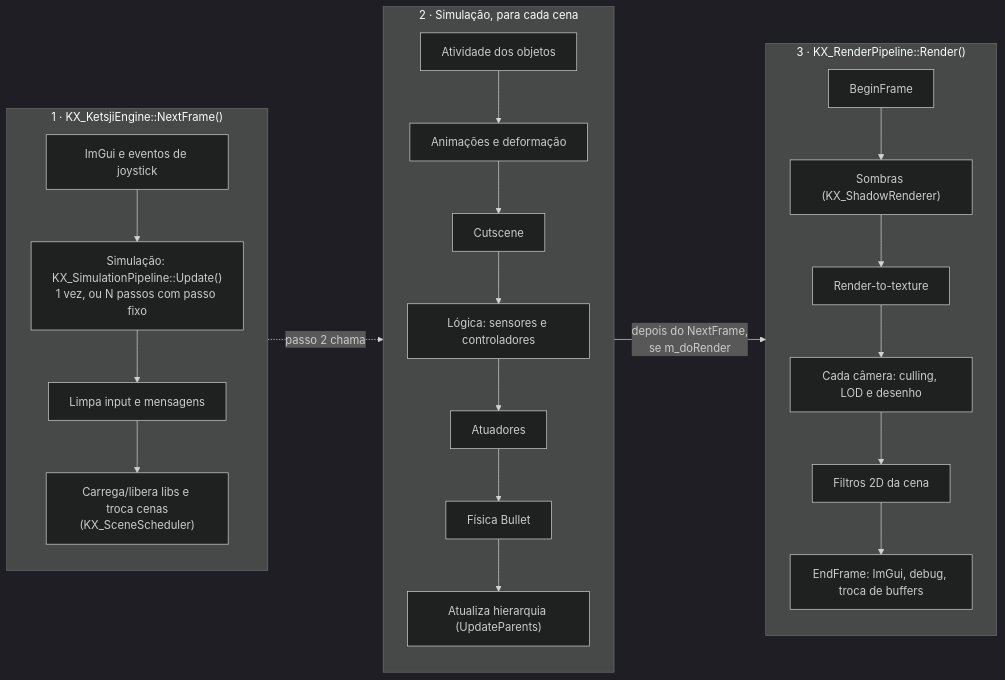
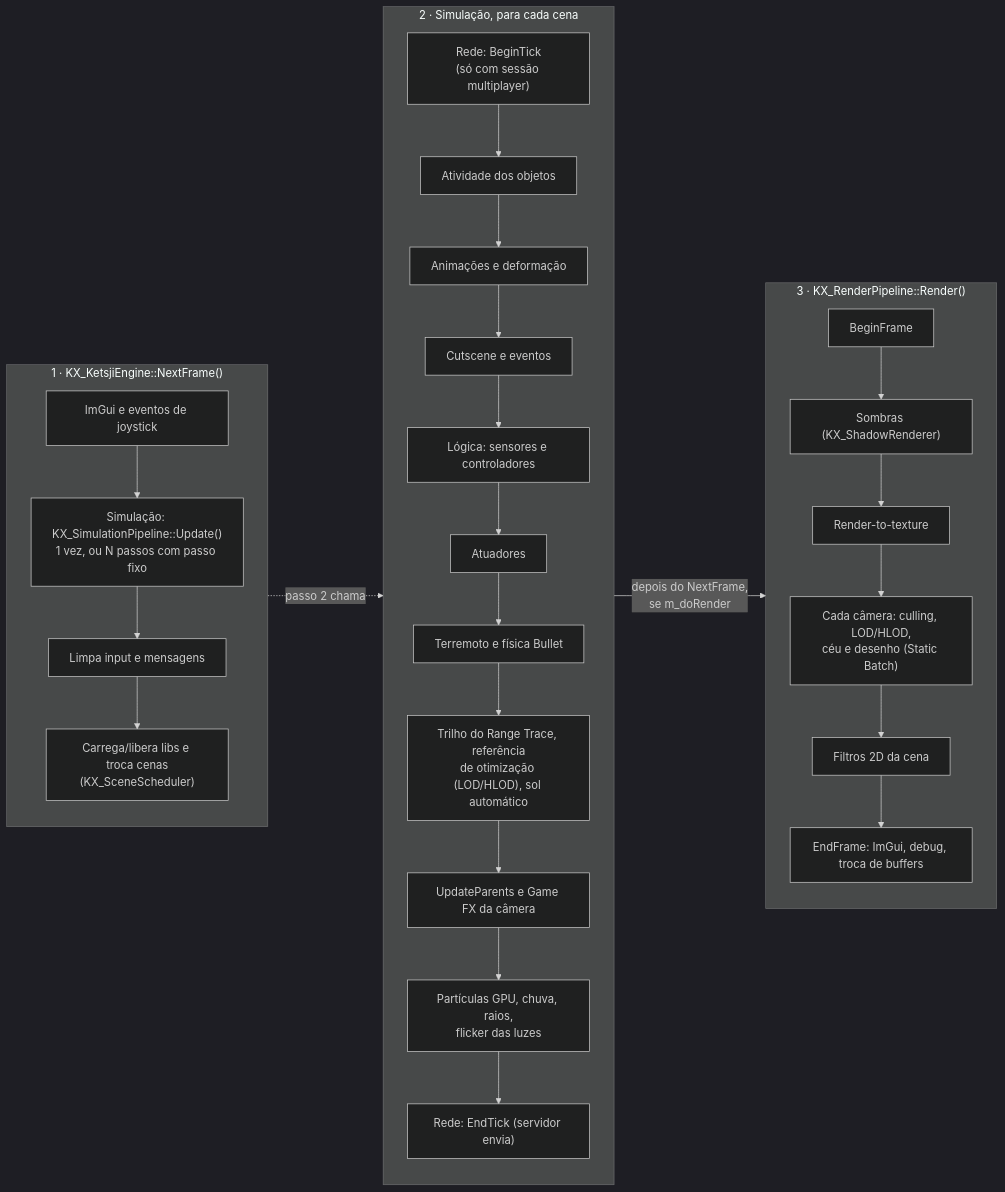
Before and after one commit to AnastacioGames/AnastacioEngine: the fourth of 6 diagrams in docs/diagramas-arquitetura.md, drawn with Mermaid (dark theme). The commit also changed other lines of this file and 1 other file, not shown here.

Commit message:
docs(architecture): refresh diagrams and map for Network, Logic/UI Tree, .cooked and new frame steps

````diff
--- a/docs/diagramas-arquitetura.md
+++ b/docs/diagramas-arquitetura.md
@@ -113,34 +116,38 @@
 ```mermaid
 flowchart LR
     subgraph NF["1 · KX_KetsjiEngine::NextFrame()"]
         direction TB
         N1["ImGui e eventos de joystick"]
         N2["Simulação: KX_SimulationPipeline::Update()<br/>1 vez, ou N passos com passo fixo"]
         N3["Limpa input e mensagens"]
         N4["Carrega/libera libs e troca cenas<br/>(KX_SceneScheduler)"]
         N1 --> N2 --> N3 --> N4
     end
     subgraph SIM["2 · Simulação, para cada cena"]
         direction TB
+        S0["Rede: BeginTick<br/>(só com sessão multiplayer)"]
         S1["Atividade dos objetos"]
         S2["Animações e deformação"]
-        S3["Cutscene"]
+        S3["Cutscene e eventos"]
         S4["Lógica: sensores e controladores"]
         S5["Atuadores"]
-        S6["Física Bullet"]
-        S7["Atualiza hierarquia (UpdateParents)"]
-        S1 --> S2 --> S3 --> S4 --> S5 --> S6 --> S7
+        S6["Terremoto e física Bullet"]
+        S7["Trilho do Range Trace, referência<br/>de otimização (LOD/HLOD), sol automático"]
+        S8["UpdateParents e Game FX da câmera"]
+        S9["Partículas GPU, chuva, raios,<br/>flicker das luzes"]
+        S10["Rede: EndTick (servidor envia)"]
+        S0 --> S1 --> S2 --> S3 --> S4 --> S5 --> S6 --> S7 --> S8 --> S9 --> S10
     end
     subgraph RD["3 · KX_RenderPipeline::Render()"]
         direction TB
         R1["BeginFrame"]
         R2["Sombras (KX_ShadowRenderer)"]
         R3["Render-to-texture"]
-        R4["Cada câmera: culling, LOD e desenho"]
+        R4["Cada câmera: culling, LOD/HLOD,<br/>céu e desenho (Static Batch)"]
         R5["Filtros 2D da cena"]
         R6["EndFrame: ImGui, debug, troca de buffers"]
         R1 --> R2 --> R3 --> R4 --> R5 --> R6
     end
     NF -.->|"passo 2 chama"| SIM
     SIM -->|"depois do NextFrame,<br/>se m_doRender"| RD
 ```
````
